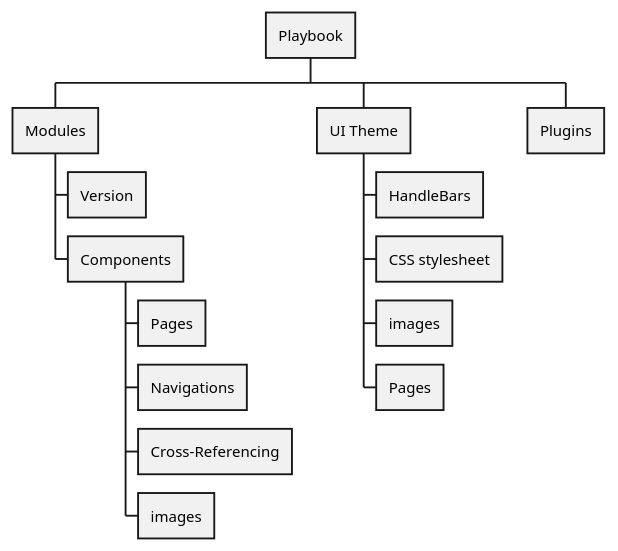
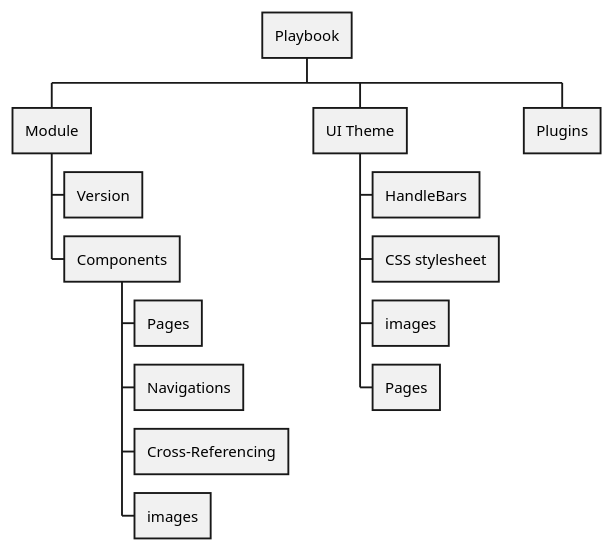
The diagram in docs/modules/concepts/partials/documentation-concept.puml (gerometan/frontpage), drawn with PlantUML before and after one commit. The commit also changed 2 other files, not shown here.

```diff
--- a/docs/modules/concepts/partials/documentation-concept.puml
+++ b/docs/modules/concepts/partials/documentation-concept.puml
@@ -1,16 +1,16 @@
 @startwbs
 + Playbook
- + Modules
+ + Module
   + Version
   + Components
    + Pages
    + Navigations
    + Cross-Referencing
    + images
  + UI Theme
   + HandleBars
   + CSS stylesheet
   + images
   + Pages
  + Plugins
 @endwbs
```
